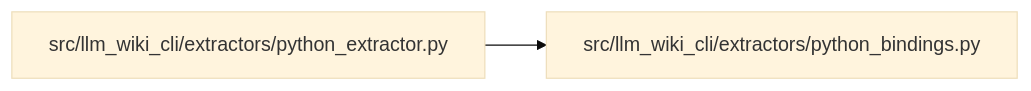
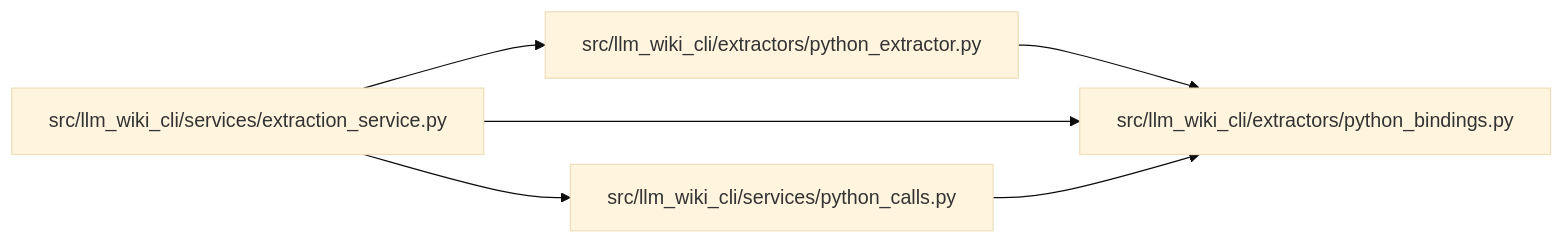
One commit to Denissvgn/python-wiki-llm changed the diagram in docs/llm_wiki/modules/python_bindings.md. Above: the diagram before and after it, drawn with Mermaid (base theme). The commit also changed other lines of this file and 1410 other files, not shown here.

````diff
--- a/docs/llm_wiki/modules/python_bindings.md
+++ b/docs/llm_wiki/modules/python_bindings.md
@@ -21,8 +23,16 @@
 ```mermaid
 flowchart LR
     n0["src/llm_wiki_cli/extractors/python_bindings.py"]
     n1["src/llm_wiki_cli/extractors/python_extractor.py"]
+    n2["src/llm_wiki_cli/services/extraction_service.py"]
+    n3["src/llm_wiki_cli/services/python_calls.py"]
     n1 --> n0
+    n2 --> n0
+    n2 --> n1
+    n2 --> n3
+    n3 --> n0
     click n0 "../modules/python_bindings.md"
     click n1 "../modules/python_extractor.md"
+    click n2 "../modules/extraction_service.md"
+    click n3 "../modules/python_calls.md"
 ```
````
